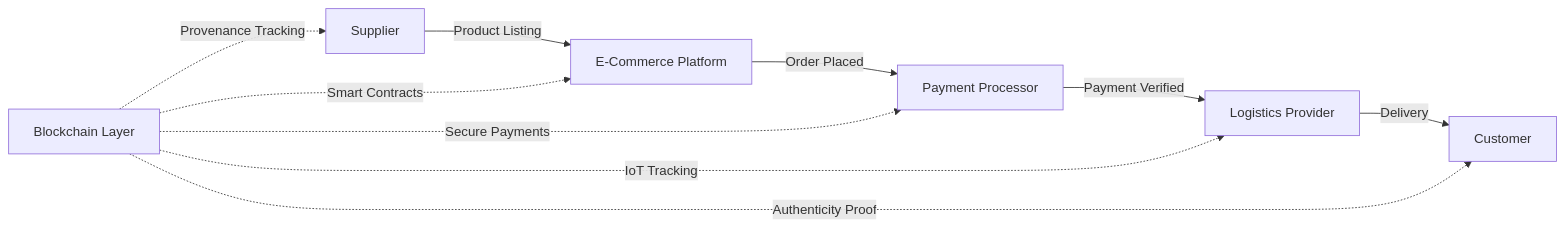
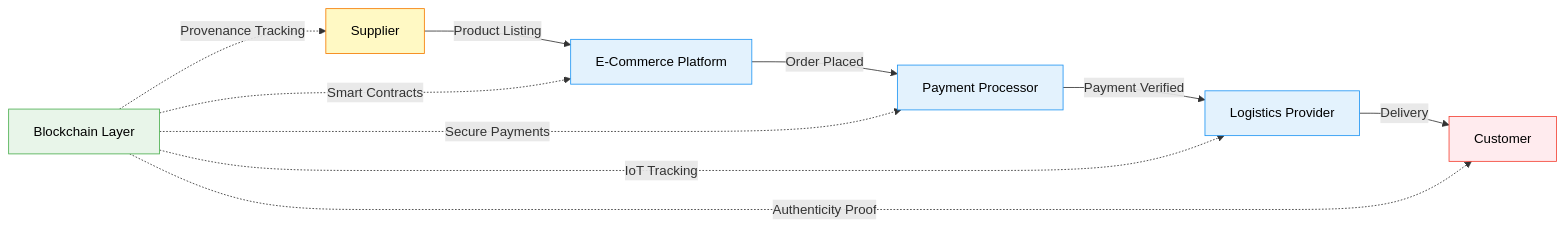
Before and after one commit to ljg-cqu/knowledge: the seventh of 14 diagrams in Industry/Blockchain/Blockchain/ValueChain/QA_LinerGeneralDeepResearch.md, drawn with Mermaid. The commit also changed other lines of this file and 6 other files, not shown here.

````diff
--- a/Industry/Blockchain/Blockchain/ValueChain/QA_LinerGeneralDeepResearch.md
+++ b/Industry/Blockchain/Blockchain/ValueChain/QA_LinerGeneralDeepResearch.md
@@ -284,13 +349,20 @@
 ```mermaid
 graph LR
     A[Supplier] -->|Product Listing| B[E-Commerce Platform]
     B -->|Order Placed| C[Payment Processor]
     C -->|Payment Verified| D[Logistics Provider]
     D -->|Delivery| E[Customer]
     
     F[Blockchain Layer] -.->|Provenance Tracking| A
     F -.->|Smart Contracts| B
     F -.->|Secure Payments| C
     F -.->|IoT Tracking| D
     F -.->|Authenticity Proof| E
+    
+    style A fill:#FFF9C4,stroke:#F57C00,color:#000
+    style B fill:#E3F2FD,stroke:#2196F3,color:#000
+    style C fill:#E3F2FD,stroke:#2196F3,color:#000
+    style D fill:#E3F2FD,stroke:#2196F3,color:#000
+    style E fill:#FFEBEE,stroke:#F44336,color:#000
+    style F fill:#E8F5E9,stroke:#4CAF50,color:#000
 ```
````
